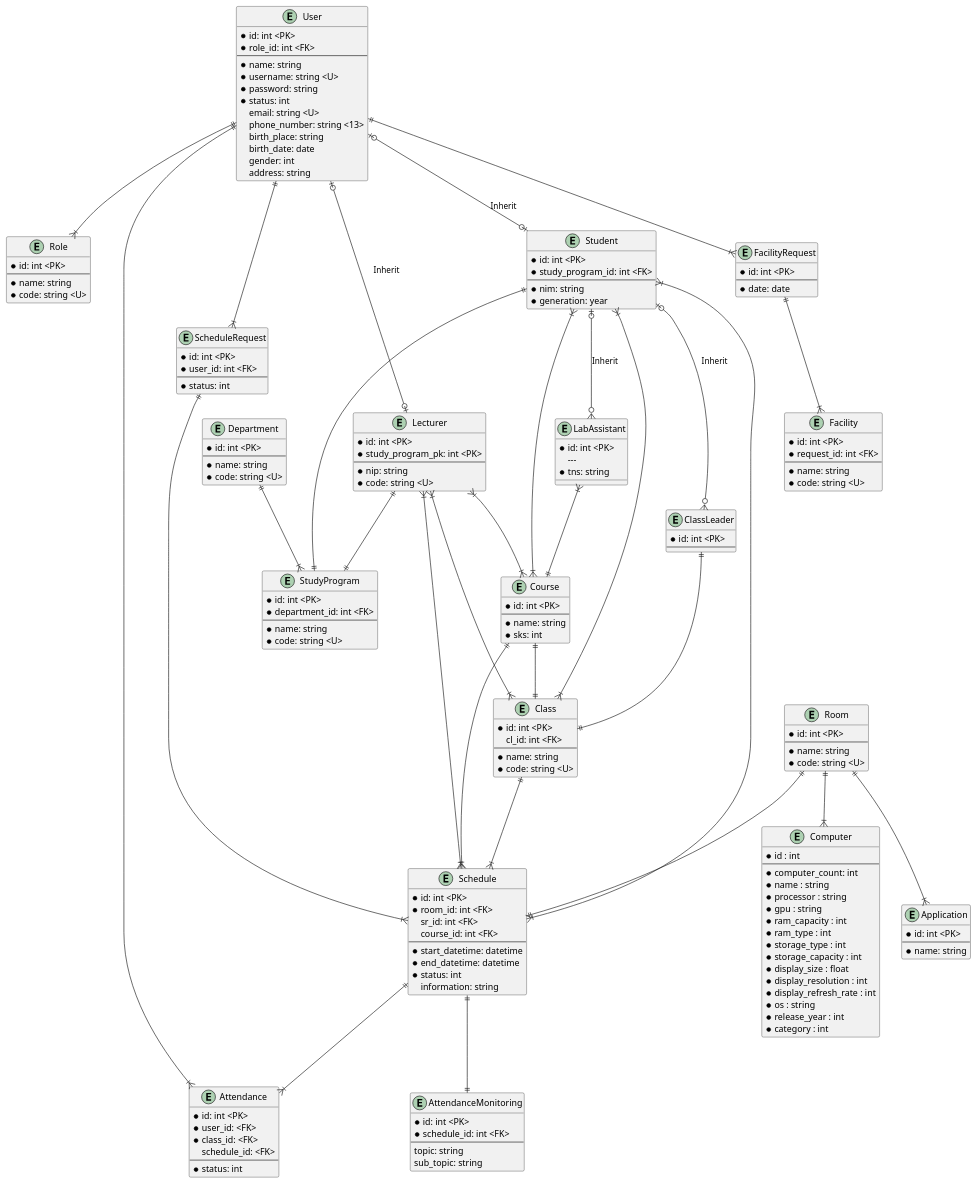
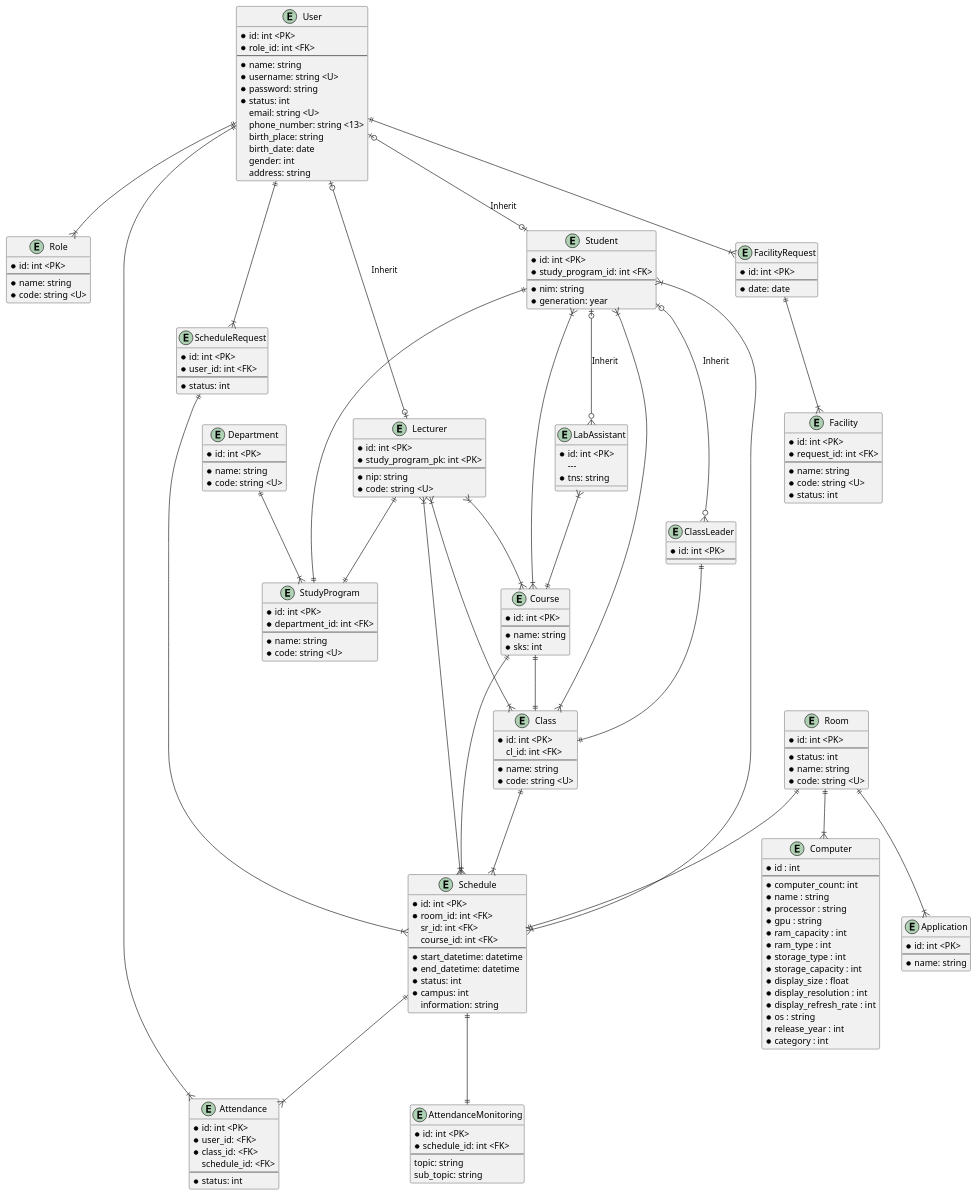
One commit to codebaradev/Simlab changed the diagram in docs/erd.plantuml. Above: the diagram before and after it, drawn with PlantUML. The commit also changed 2 other files, not shown here.

Commit message:
feat: Update ERD and antarmuka

```diff
--- a/docs/erd.plantuml
+++ b/docs/erd.plantuml
@@ -26,8 +26,6 @@
     * code: string <U>
 }
 
-
-
 entity "Lecturer" as lecturer {
     * id: int <PK>
     * study_program_pk: int <PK>
@@ -54,6 +52,8 @@
     --- 
     * tns: string
 }
+
+
 
 ' Main
 
@@ -100,6 +100,7 @@
     ---
     * name: string
     * code: string <U>
+    * status: int
 }
 
 entity ScheduleRequest {
@@ -118,6 +119,7 @@
     * start_datetime: datetime
     * end_datetime: datetime
     * status: int
+    * campus: int
     information: string
 }
 
@@ -140,6 +142,7 @@
 entity "Room" as room {
     * id: int <PK>
     ---
+    * status: int
     * name: string
     * code: string <U>
 }
```
